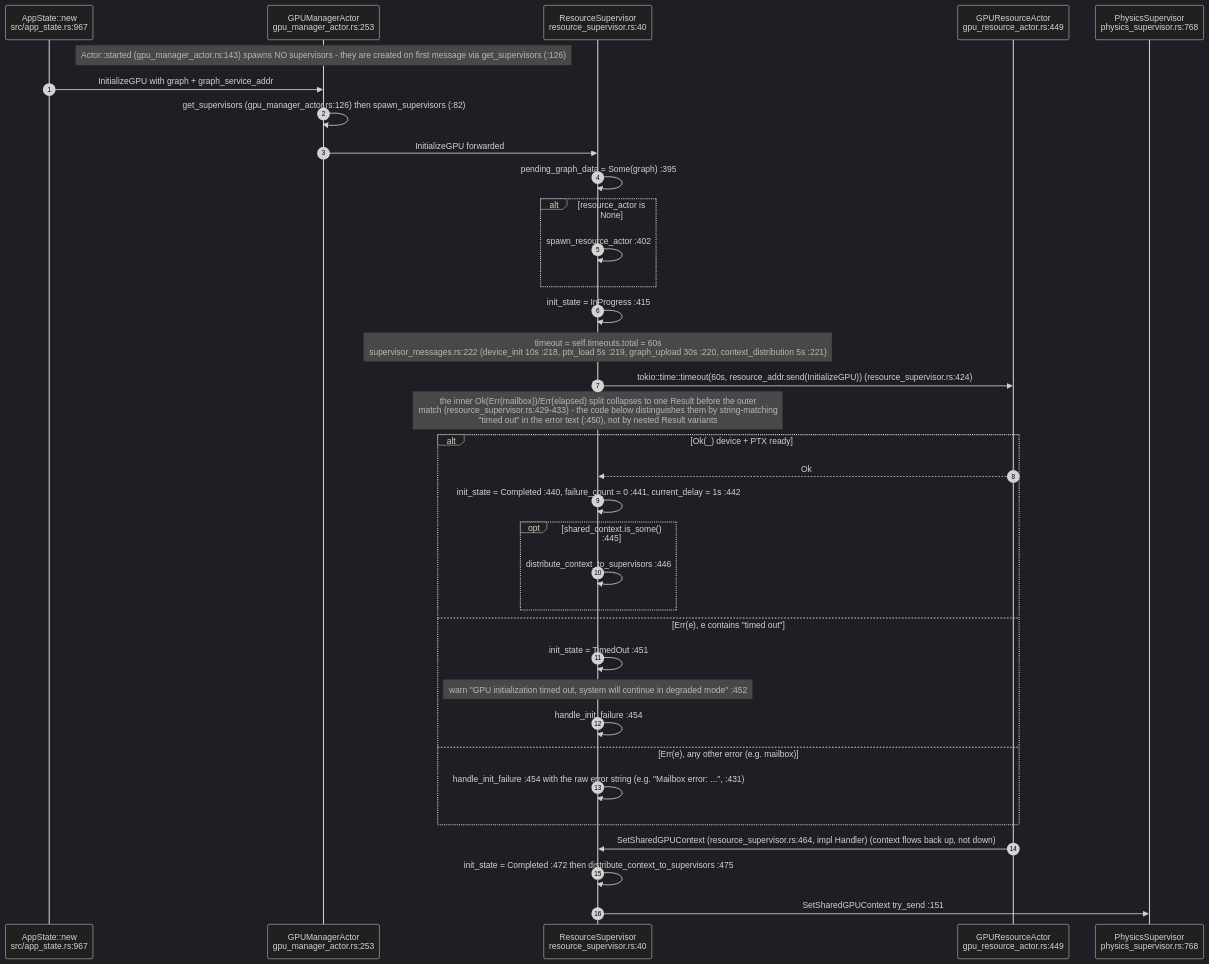
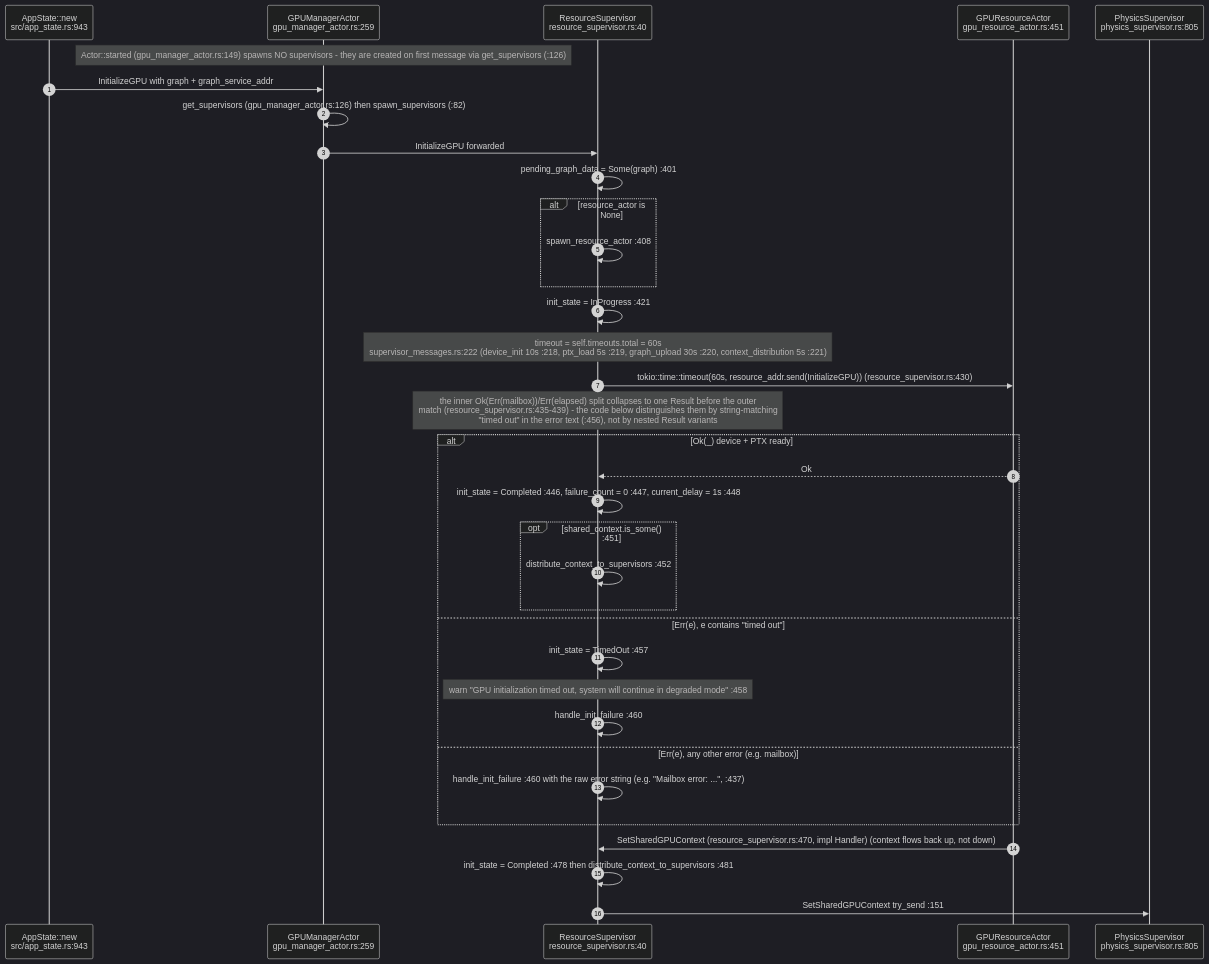
The second of 8 diagrams in docs/diagrams/visionclaw/10-gpu-supervision-and-context-bus.md (DreamLab-AI/VisionFlow), drawn with Mermaid (dark theme) before and after one commit. The commit also changed other lines of this file and 160 other files, not shown here.

````diff
--- a/docs/diagrams/visionclaw/10-gpu-supervision-and-context-bus.md
+++ b/docs/diagrams/visionclaw/10-gpu-supervision-and-context-bus.md
@@ -86,38 +87,38 @@
 ```mermaid
 sequenceDiagram
     autonumber
-    participant APP as AppState::new<br/>src/app_state.rs:967
-    participant GM as GPUManagerActor<br/>gpu_manager_actor.rs:253
+    participant APP as AppState::new<br/>src/app_state.rs:943
+    participant GM as GPUManagerActor<br/>gpu_manager_actor.rs:259
     participant RS as ResourceSupervisor<br/>resource_supervisor.rs:40
-    participant GRA as GPUResourceActor<br/>gpu_resource_actor.rs:449
-    participant PS as PhysicsSupervisor<br/>physics_supervisor.rs:768
+    participant GRA as GPUResourceActor<br/>gpu_resource_actor.rs:451
+    participant PS as PhysicsSupervisor<br/>physics_supervisor.rs:805
 
-    Note over GM: Actor::started (gpu_manager_actor.rs:143) spawns NO supervisors - they are created on first message via get_supervisors (:126)
+    Note over GM: Actor::started (gpu_manager_actor.rs:149) spawns NO supervisors - they are created on first message via get_supervisors (:126)
     APP->>GM: InitializeGPU with graph + graph_service_addr
     GM->>GM: get_supervisors (gpu_manager_actor.rs:126) then spawn_supervisors (:82)
     GM->>RS: InitializeGPU forwarded
-    RS->>RS: pending_graph_data = Some(graph) :395
+    RS->>RS: pending_graph_data = Some(graph) :401
     alt resource_actor is None
-        RS->>RS: spawn_resource_actor :402
+        RS->>RS: spawn_resource_actor :408
     end
-    RS->>RS: init_state = InProgress :415
+    RS->>RS: init_state = InProgress :421
     Note over RS: timeout = self.timeouts.total = 60s<br/>supervisor_messages.rs:222 (device_init 10s :218, ptx_load 5s :219, graph_upload 30s :220, context_distribution 5s :221)
-    RS->>GRA: tokio::time::timeout(60s, resource_addr.send(InitializeGPU)) (resource_supervisor.rs:424)
-    Note over RS: the inner Ok(Err(mailbox))/Err(elapsed) split collapses to one Result before the outer<br/>match (resource_supervisor.rs:429-433) - the code below distinguishes them by string-matching<br/>"timed out" in the error text (:450), not by nested Result variants
+    RS->>GRA: tokio::time::timeout(60s, resource_addr.send(InitializeGPU)) (resource_supervisor.rs:430)
+    Note over RS: the inner Ok(Err(mailbox))/Err(elapsed) split collapses to one Result before the outer<br/>match (resource_supervisor.rs:435-439) - the code below distinguishes them by string-matching<br/>"timed out" in the error text (:456), not by nested Result variants
     alt Ok(_) device + PTX ready
         GRA-->>RS: Ok
-        RS->>RS: init_state = Completed :440, failure_count = 0 :441, current_delay = 1s :442
-        opt shared_context.is_some() :445
-            RS->>RS: distribute_context_to_supervisors :446
+        RS->>RS: init_state = Completed :446, failure_count = 0 :447, current_delay = 1s :448
+        opt shared_context.is_some() :451
+            RS->>RS: distribute_context_to_supervisors :452
         end
     else Err(e), e contains "timed out"
-        RS->>RS: init_state = TimedOut :451
-        Note over RS: warn "GPU initialization timed out, system will continue in degraded mode" :452
-        RS->>RS: handle_init_failure :454
+        RS->>RS: init_state = TimedOut :457
+        Note over RS: warn "GPU initialization timed out, system will continue in degraded mode" :458
+        RS->>RS: handle_init_failure :460
     else Err(e), any other error (e.g. mailbox)
-        RS->>RS: handle_init_failure :454 with the raw error string (e.g. "Mailbox error: ...", :431)
+        RS->>RS: handle_init_failure :460 with the raw error string (e.g. "Mailbox error: ...", :437)
     end
-    GRA->>RS: SetSharedGPUContext (resource_supervisor.rs:464, impl Handler) (context flows back up, not down)
-    RS->>RS: init_state = Completed :472 then distribute_context_to_supervisors :475
+    GRA->>RS: SetSharedGPUContext (resource_supervisor.rs:470, impl Handler) (context flows back up, not down)
+    RS->>RS: init_state = Completed :478 then distribute_context_to_supervisors :481
     RS->>PS: SetSharedGPUContext try_send :151
 ```
````
